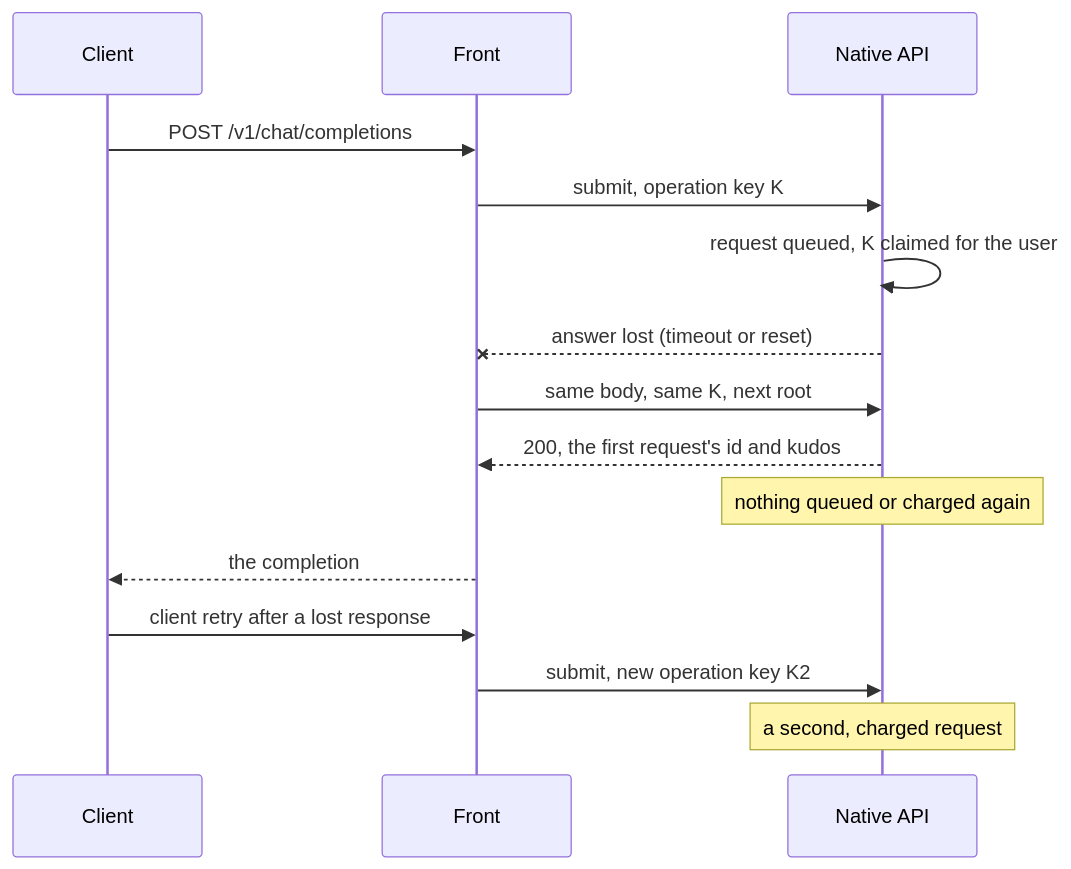
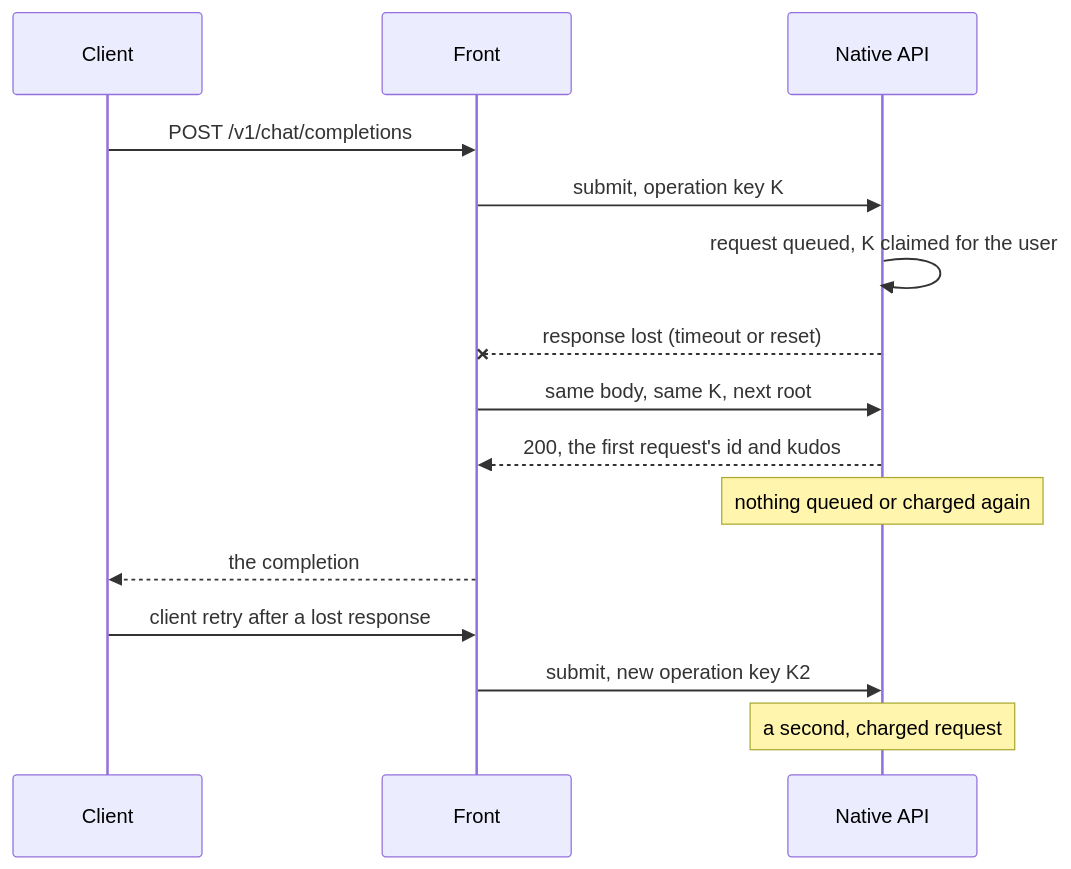
The fourth of 7 diagrams in docs/explanation/chat_requests.md (Haidra-Org/AI-Horde), drawn with Mermaid before and after one commit. The commit also changed other lines of this file and 62 other files, not shown here.

````diff
--- a/docs/explanation/chat_requests.md
+++ b/docs/explanation/chat_requests.md
@@ -177,17 +170,17 @@
 ```mermaid
 sequenceDiagram
     participant C as Client
     participant F as Front
     participant H as Native API
     C->>F: POST /v1/chat/completions
     F->>H: submit, operation key K
     H->>H: request queued, K claimed for the user
-    H--xF: answer lost (timeout or reset)
+    H--xF: response lost (timeout or reset)
     F->>H: same body, same K, next root
     H-->>F: 200, the first request's id and kudos
     Note over H: nothing queued or charged again
     F-->>C: the completion
     C->>F: client retry after a lost response
     F->>H: submit, new operation key K2
     Note over H: a second, charged request
 ```
````
